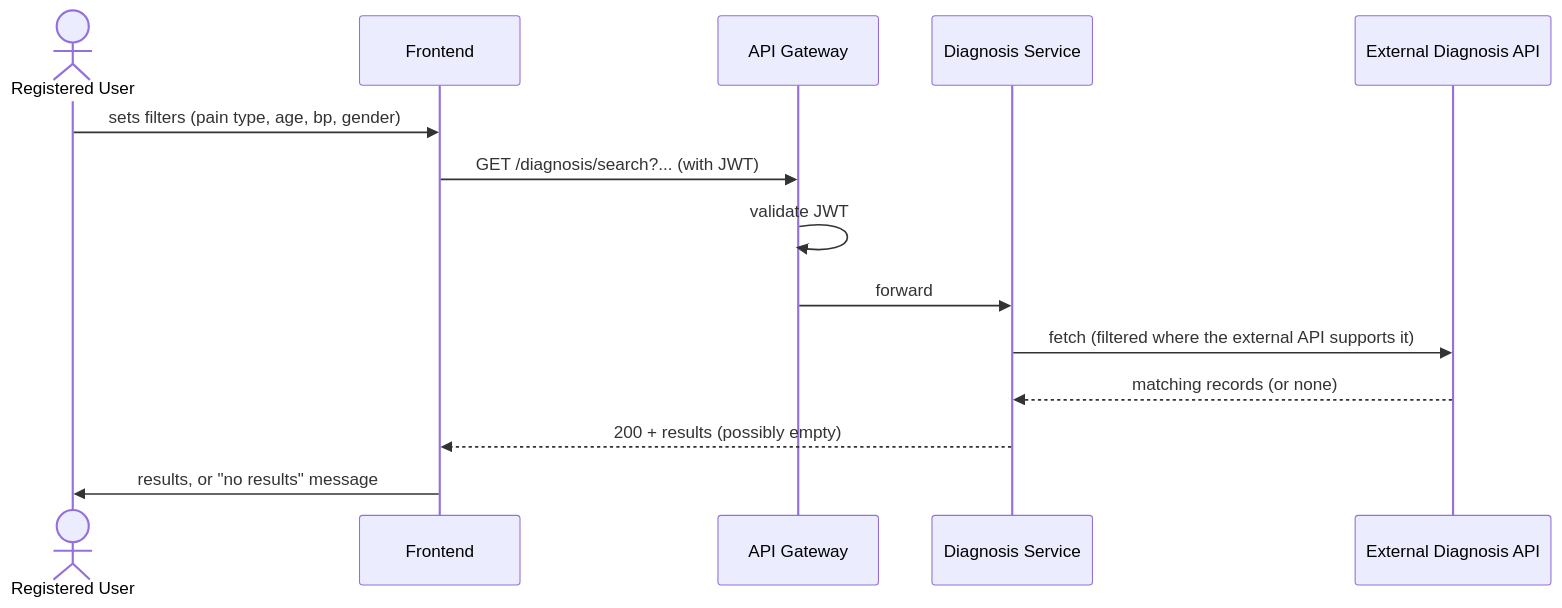
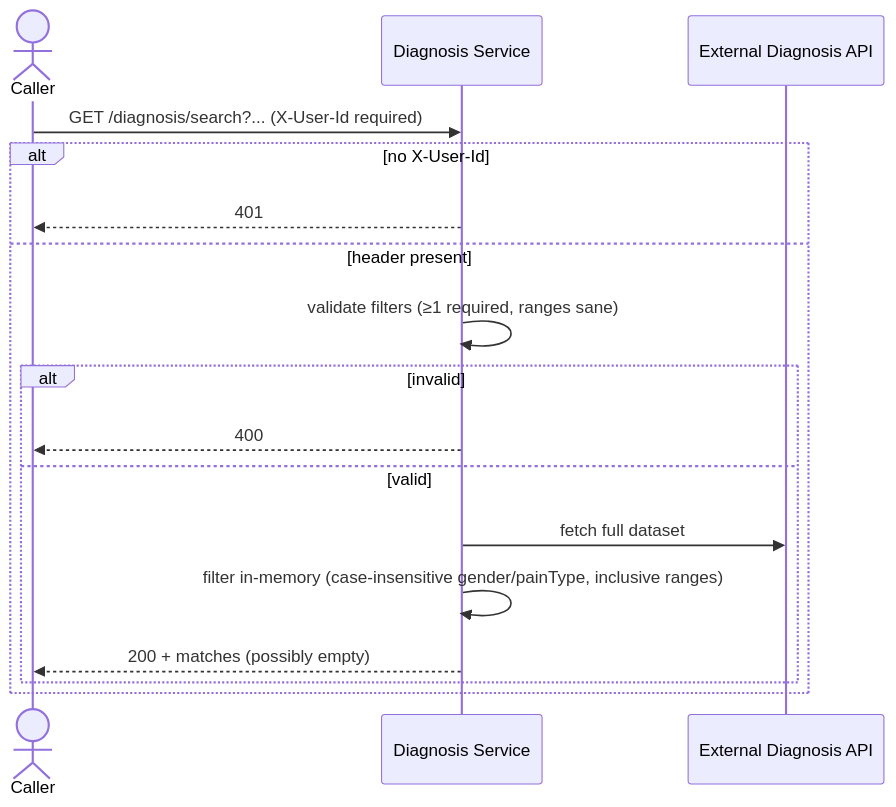
One commit to mathaisjustin/cardiac-diagonistics changed the second of 4 diagrams in docs/01-services/diagnosis-service/flows.md. Above: the diagram before and after it, drawn with Mermaid. The commit also changed other lines of this file and 29 other files, not shown here.

````diff
--- a/docs/01-services/diagnosis-service/flows.md
+++ b/docs/01-services/diagnosis-service/flows.md
@@ -27,17 +26,20 @@
 ```mermaid
 sequenceDiagram
-    actor U as Registered User
-    participant FE as Frontend
-    participant GW as API Gateway
+    actor U as Caller
     participant D as Diagnosis Service
     participant EXT as External Diagnosis API
 
-    U->>FE: sets filters (pain type, age, bp, gender)
-    FE->>GW: GET /diagnosis/search?... (with JWT)
-    GW->>GW: validate JWT
-    GW->>D: forward
-    D->>EXT: fetch (filtered where the external API supports it)
-    EXT-->>D: matching records (or none)
-    D-->>FE: 200 + results (possibly empty)
-    FE->>U: results, or "no results" message
+    U->>D: GET /diagnosis/search?... (X-User-Id required)
+    alt no X-User-Id
+        D-->>U: 401
+    else header present
+        D->>D: validate filters (≥1 required, ranges sane)
+        alt invalid
+            D-->>U: 400
+        else valid
+            D->>EXT: fetch full dataset
+            D->>D: filter in-memory (case-insensitive gender/painType, inclusive ranges)
+            D-->>U: 200 + matches (possibly empty)
+        end
+    end
 ```
````
